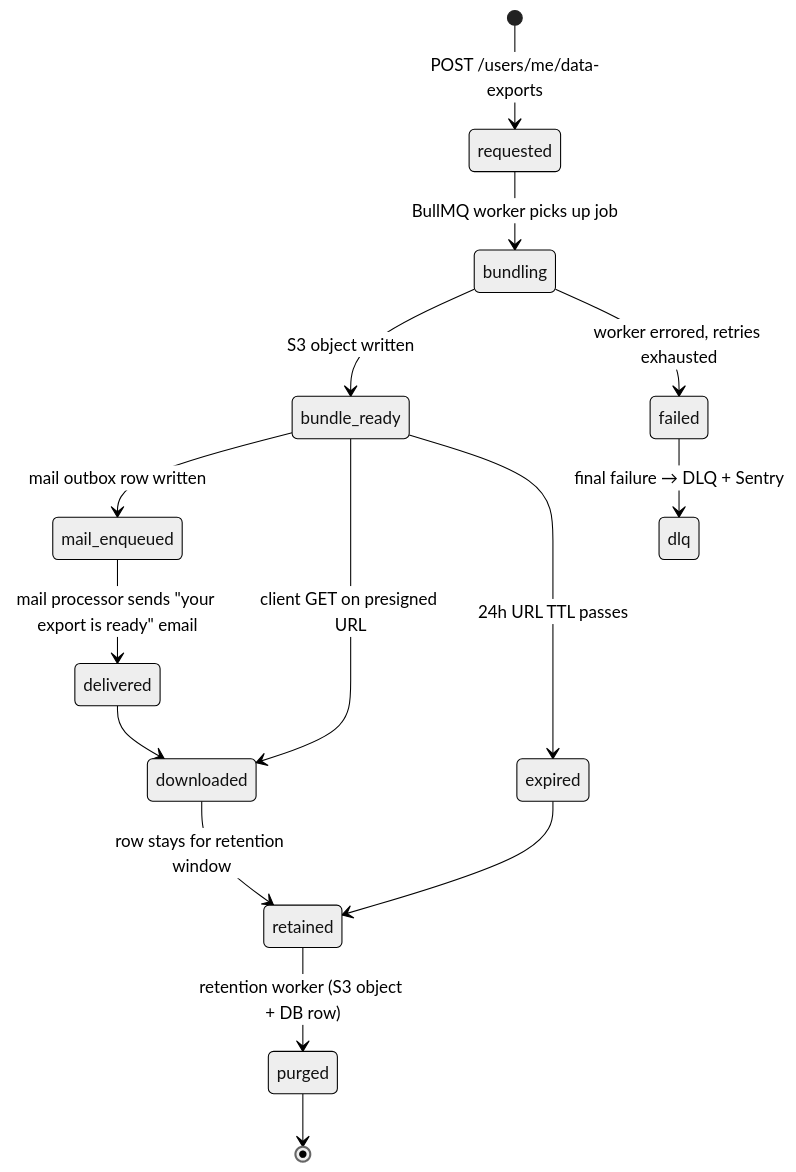
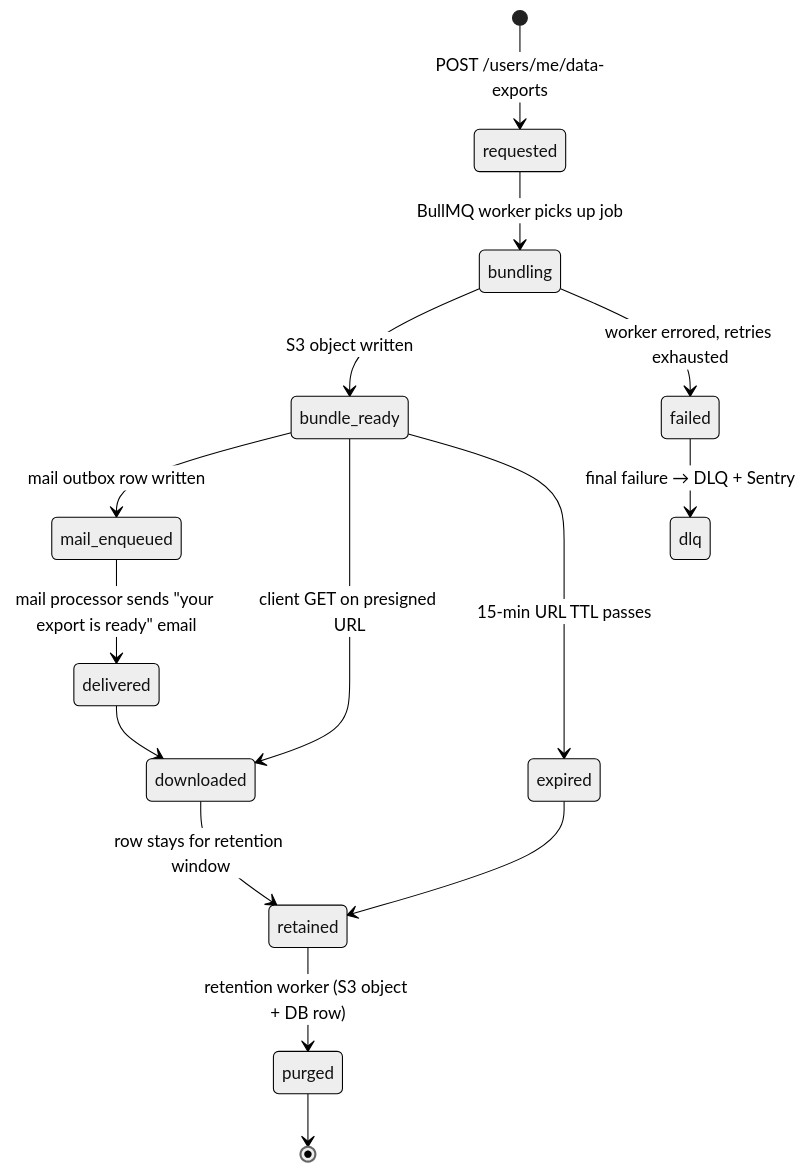
The diagram in src/domains/user/sub-domains/user-data-export/OVERVIEW.md (nikunjmavani/core-be), drawn with Mermaid (neutral theme) before and after one commit. The commit also changed other lines of this file and 10 other files, not shown here.

````diff
--- a/src/domains/user/sub-domains/user-data-export/OVERVIEW.md
+++ b/src/domains/user/sub-domains/user-data-export/OVERVIEW.md
@@ -21,17 +21,17 @@
 ```mermaid
 stateDiagram-v2
   [*] --> requested: POST /users/me/data-exports
   requested --> bundling: BullMQ worker picks up job
   bundling --> bundle_ready: S3 object written
   bundle_ready --> mail_enqueued: mail outbox row written
   mail_enqueued --> delivered: mail processor sends "your export is ready" email
   bundle_ready --> downloaded: client GET on presigned URL
-  bundle_ready --> expired: 24h URL TTL passes
+  bundle_ready --> expired: 15-min URL TTL passes
   delivered --> downloaded
   downloaded --> retained: row stays for retention window
   expired --> retained
   retained --> purged: retention worker (S3 object + DB row)
   purged --> [*]
   bundling --> failed: worker errored, retries exhausted
   failed --> dlq: final failure → DLQ + Sentry
 ```
````
